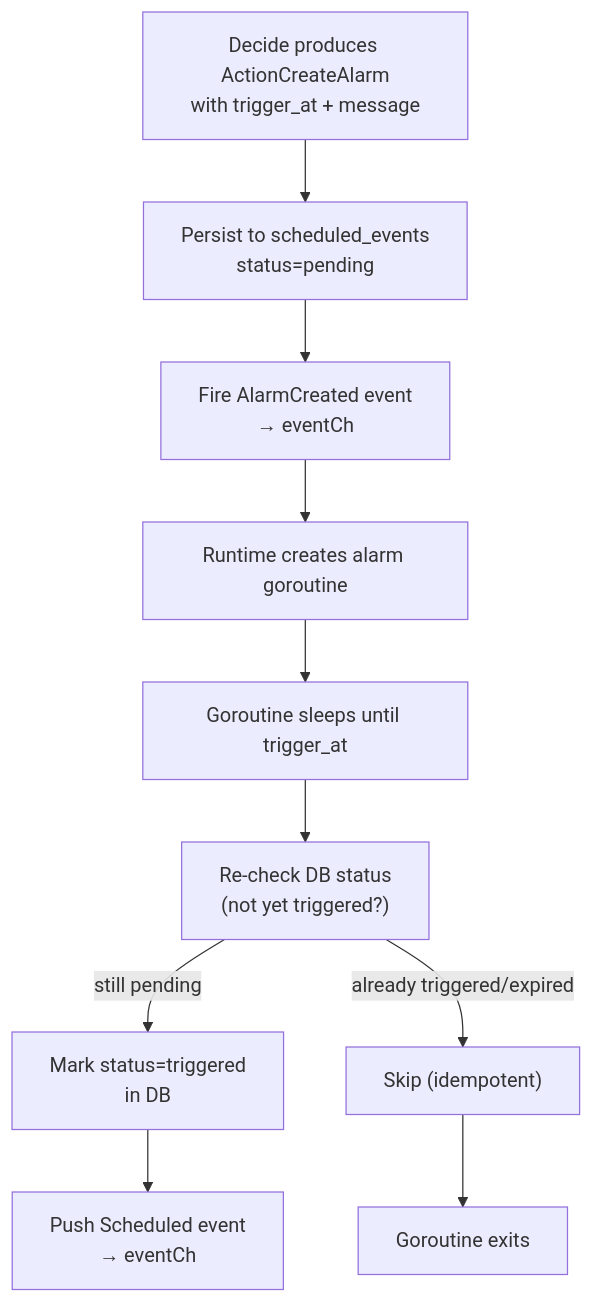
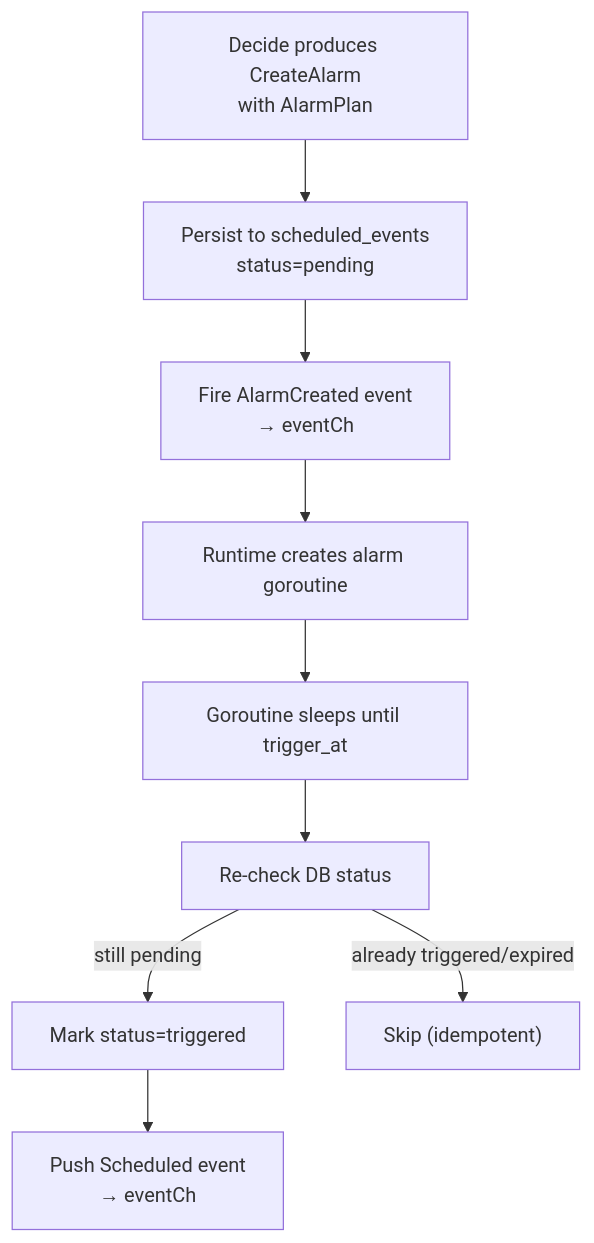
The ninth of 10 diagrams in doc/engineering_implements/agent-runtime-event-loop.md (KoanJan/qingqiu-world), drawn with Mermaid before and after one commit. The commit also changed other lines of this file and 32 other files, not shown here.

````diff
--- a/doc/engineering_implements/agent-runtime-event-loop.md
+++ b/doc/engineering_implements/agent-runtime-event-loop.md
@@ -493,12 +440,11 @@
 ```mermaid
 flowchart TD
-    AgentCall["Decide produces ActionCreateAlarm<br/>with trigger_at + message"] --> Persist["Persist to scheduled_events<br/>status=pending"]
+    Decide["Decide produces CreateAlarm<br/>with AlarmPlan"] --> Persist["Persist to scheduled_events<br/>status=pending"]
     Persist --> FireEvent["Fire AlarmCreated event<br/>→ eventCh"]
     FireEvent --> Runtime["Runtime creates alarm goroutine"]
     Runtime --> Wait["Goroutine sleeps until trigger_at"]
-    Wait --> Recheck["Re-check DB status<br/>(not yet triggered?)"]
-    Recheck -->|still pending| MarkTriggered["Mark status=triggered<br/>in DB"]
+    Wait --> Recheck["Re-check DB status"]
+    Recheck -->|still pending| MarkTriggered["Mark status=triggered"]
     Recheck -->|already triggered/expired| Skip["Skip (idempotent)"]
     MarkTriggered --> PushEvent["Push Scheduled event<br/>→ eventCh"]
-    Skip --> End["Goroutine exits"]
 ```
````
